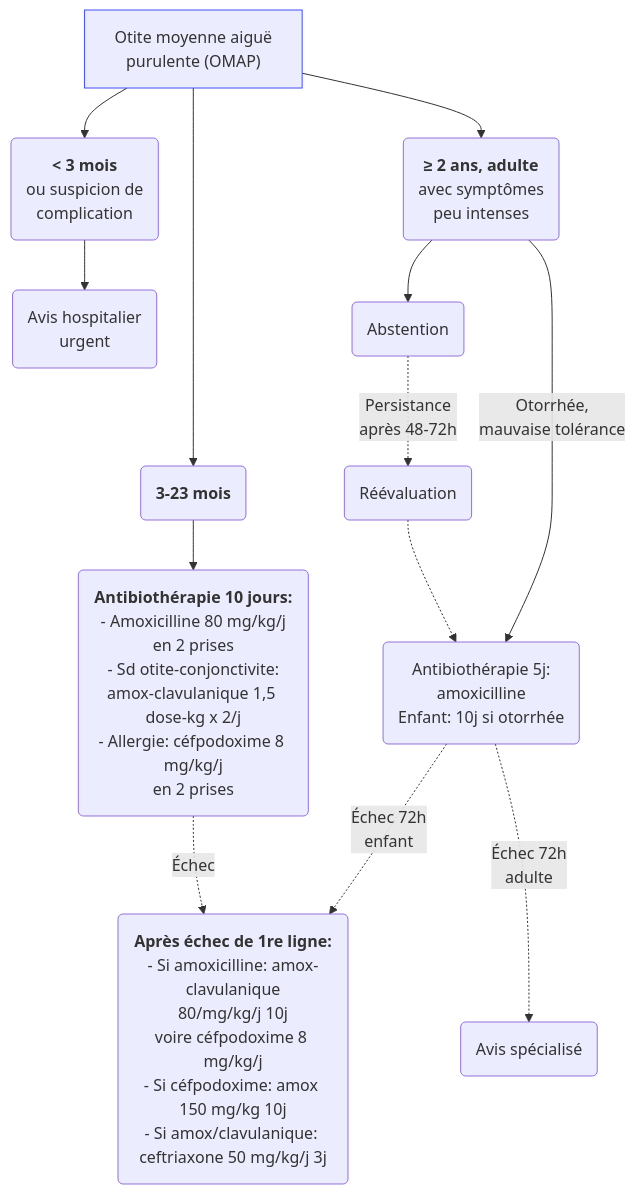
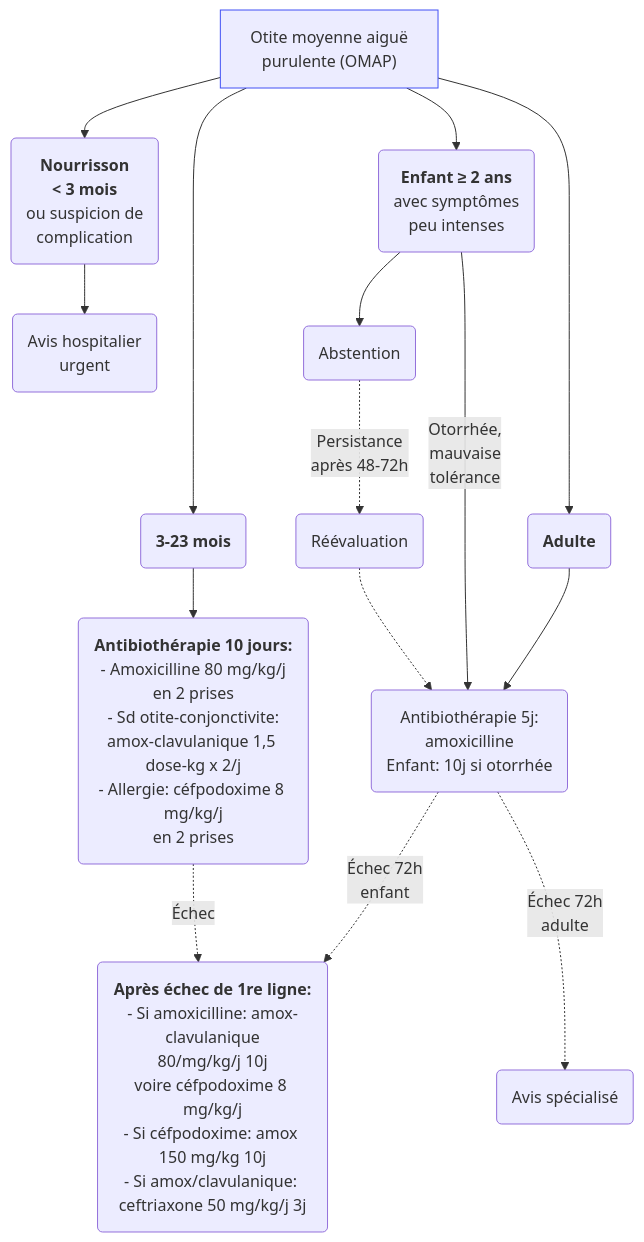
Before and after one commit to djibe/recommandations-medicales: the diagram in content/recommandations/otite-moyenne-aigue.md, drawn with Mermaid. The commit also changed other lines of this file, not shown here.

```diff
--- a/content/recommandations/otite-moyenne-aigue.md
+++ b/content/recommandations/otite-moyenne-aigue.md
@@ -202,9 +204,10 @@
 {{< mermaid title="Recommandations pour la prise en charge de l'otite moyenne aiguë. Dr JB Fron d'après HAS/SPILF/GPIP 2025 et GPIP 2023" >}}
 graph TB
-OMAP["Otite moyenne aiguë<br>purulente (OMAP)"] --> 3mois("<b>&lt; 3 mois</b><br>ou suspicion de<br>complication") --> hôpital("Avis hospitalier<br>urgent")
+OMAP["Otite moyenne aiguë<br>purulente (OMAP)"] --> 3mois("<b>Nourrisson<br>&lt; 3 mois</b><br>ou suspicion de<br>complication") --> hôpital("Avis hospitalier<br>urgent")
 style OMAP stroke:#4150f5, stroke-width:1px
-  OMAP --> 2ans("<b>3-23 mois</b>") --> antibiothérapie("<b>Antibiothérapie 10 jours:</b><br>- Amoxicilline 80 mg/kg/j<br>en 2 prises<br>- Sd otite-conjonctivite:<br>amox-clavulanique 1,5 dose-kg x 2/j<br>- Allergie: céfpodoxime 8 mg/kg/j<br>en 2 prises") -. Échec .-> échec("<b>Après échec de 1re ligne:</b><br>- Si amoxicilline: amox-clavulanique<br>80/mg/kg/j 10j<br>voire céfpodoxime 8 mg/kg/j<br>- Si céfpodoxime: amox 150 mg/kg 10j<br>- Si amox/clavulanique: ceftriaxone 50 mg/kg/j 3j")
-  OMAP --> adulte("<b>≥ 2 ans, adulte</b><br>avec symptômes<br>peu intenses") --> abstention(Abstention) -. "Persistance<br> après 48-72h" .-> réévaluation("Réévaluation") -.-> atb
-  adulte -- "Otorrhée,<br>mauvaise tolérance" --> atb(Antibiothérapie 5j:<br>amoxicilline<br>Enfant: 10j si otorrhée) -. "Échec 72h<br>enfant" .-> échec
+  OMAP --> nourrisson("<b>3-23 mois</b>") --> antibiothérapie("<b>Antibiothérapie 10 jours:</b><br>- Amoxicilline 80 mg/kg/j<br>en 2 prises<br>- Sd otite-conjonctivite:<br>amox-clavulanique 1,5 dose-kg x 2/j<br>- Allergie: céfpodoxime 8 mg/kg/j<br>en 2 prises") -. Échec .-> échec("<b>Après échec de 1re ligne:</b><br>- Si amoxicilline: amox-clavulanique<br>80/mg/kg/j 10j<br>voire céfpodoxime 8 mg/kg/j<br>- Si céfpodoxime: amox 150 mg/kg 10j<br>- Si amox/clavulanique: ceftriaxone 50 mg/kg/j 3j")
+  OMAP --> enfant("<b>Enfant ≥ 2 ans</b><br>avec symptômes<br>peu intenses") --> abstention(Abstention) -. "Persistance<br> après 48-72h" .-> réévaluation("Réévaluation") -.-> atb
+  enfant -- "Otorrhée,<br>mauvaise<br>tolérance" --> atb(Antibiothérapie 5j:<br>amoxicilline<br>Enfant: 10j si otorrhée) -. "Échec 72h<br>enfant" .-> échec
     atb -. "Échec 72h<br>adulte" .-> spécialiste(Avis spécialisé)
+  OMAP --> adulte("<b>Adulte</b>") --> atb
 {{< /mermaid >}}
```
